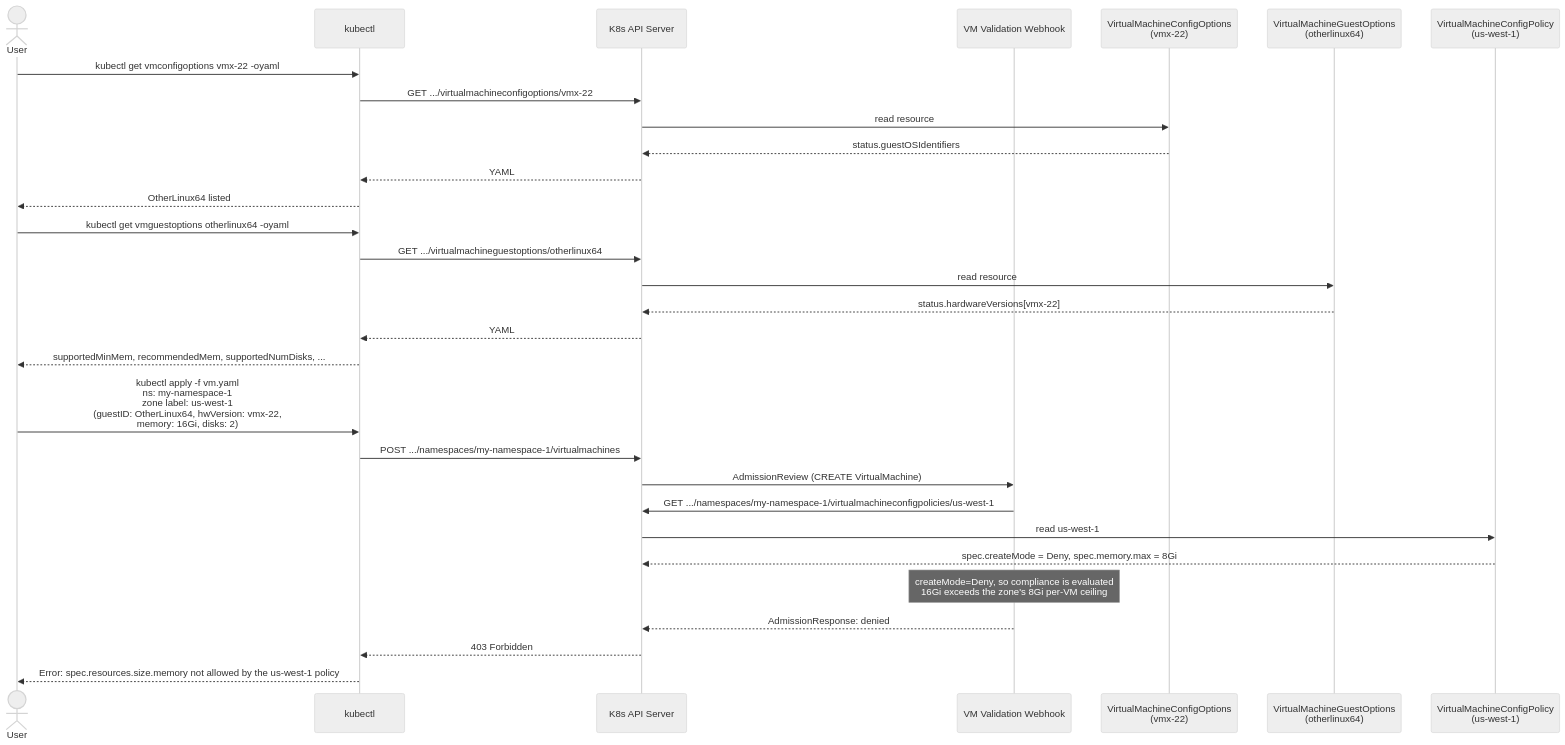
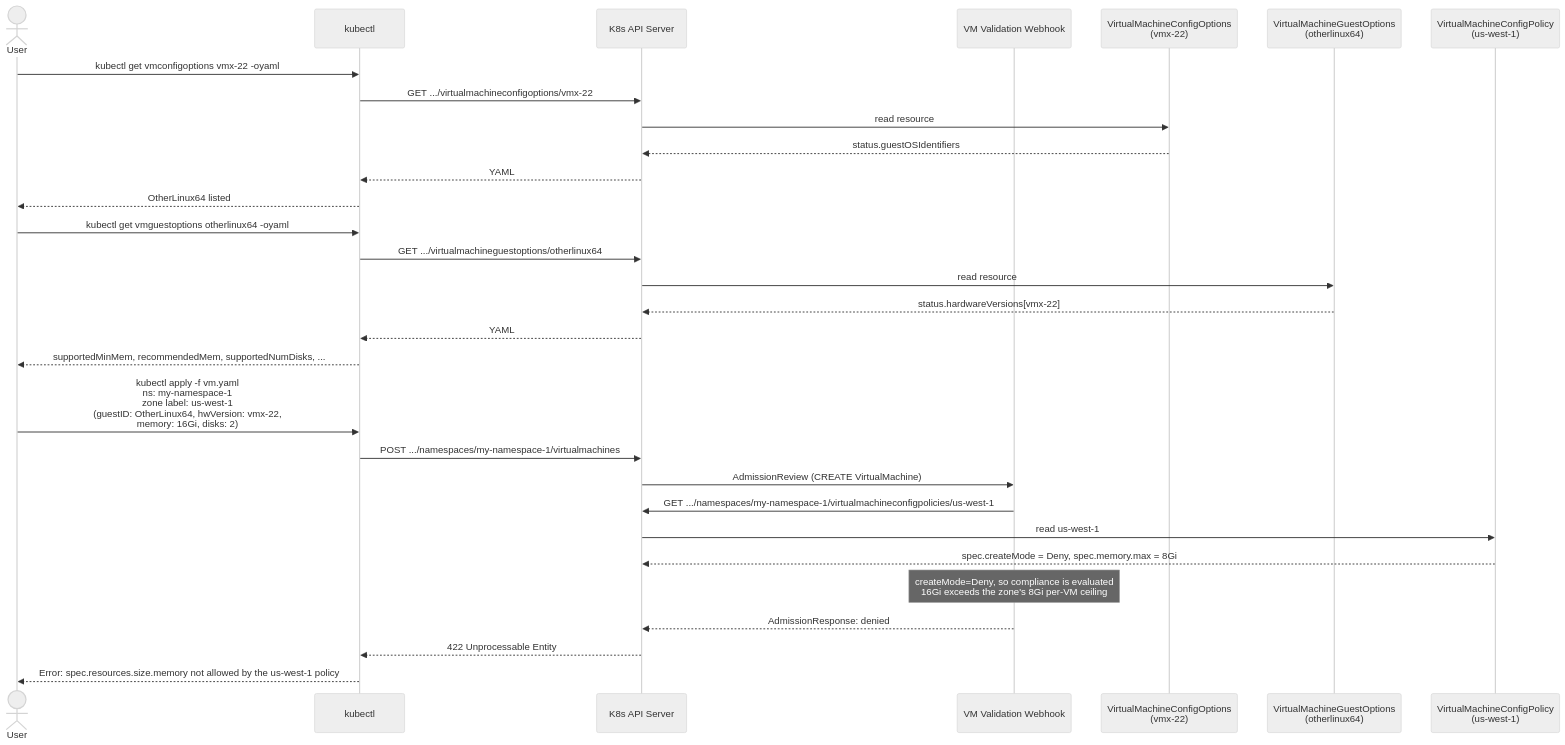
The diagram in external/vim/doc/deploying-a-vm.md (vmware-tanzu/vm-operator), drawn with Mermaid (neutral theme) before and after one commit. The commit also changed 1 other file, not shown here.

Commit message:
Correct error strings and unwritten status fields
Three accuracy fixes to the integration guide, each verified
against source rather than inferred:

- The worked example's denial text quoted invented message tails.
  Replaced with the real ErrMemoryViolation and
  ErrExtraConfigViolation strings, and with the real response
  shape: webhooks/common/response.go returns HTTP 422 with every
  field error joined into one reason string, not one line each.

- status.defaultHardwareVersion and status.vMotionBandwidth are
  never written by pkg/util/vsphere/configtarget. Moved out of
  the populated-field list and into the same "do not build on
  this yet" warning that already covered status.sriov.

- Reverted an unverified 422 to 403 edit in deploying-a-vm.md.
  422 was correct.

````diff
--- a/external/vim/doc/deploying-a-vm.md
+++ b/external/vim/doc/deploying-a-vm.md
@@ -112,38 +112,38 @@
 ```mermaid
 sequenceDiagram
     actor User
     participant kc as kubectl
     participant api as K8s API Server
     participant wh as VM Validation Webhook
     participant vmco as VirtualMachineConfigOptions<br/>(vmx-22)
     participant vmgo as VirtualMachineGuestOptions<br/>(otherlinux64)
     participant vcp as VirtualMachineConfigPolicy<br/>(us-west-1)
 
     User->>kc: kubectl get vmconfigoptions vmx-22 -oyaml
     kc->>api: GET .../virtualmachineconfigoptions/vmx-22
     api->>vmco: read resource
     vmco-->>api: status.guestOSIdentifiers
     api-->>kc: YAML
     kc-->>User: OtherLinux64 listed
 
     User->>kc: kubectl get vmguestoptions otherlinux64 -oyaml
     kc->>api: GET .../virtualmachineguestoptions/otherlinux64
     api->>vmgo: read resource
     vmgo-->>api: status.hardwareVersions[vmx-22]
     api-->>kc: YAML
     kc-->>User: supportedMinMem, recommendedMem, supportedNumDisks, ...
 
     User->>kc: kubectl apply -f vm.yaml<br/>ns: my-namespace-1<br/>zone label: us-west-1<br/>(guestID: OtherLinux64, hwVersion: vmx-22,<br/>memory: 16Gi, disks: 2)
     kc->>api: POST .../namespaces/my-namespace-1/virtualmachines
 
     api->>wh: AdmissionReview (CREATE VirtualMachine)
     wh->>api: GET .../namespaces/my-namespace-1/virtualmachineconfigpolicies/us-west-1
     api->>vcp: read us-west-1
     vcp-->>api: spec.createMode = Deny, spec.memory.max = 8Gi
 
     Note over wh: createMode=Deny, so compliance is evaluated<br/>16Gi exceeds the zone's 8Gi per-VM ceiling
 
     wh-->>api: AdmissionResponse: denied
-    api-->>kc: 403 Forbidden
+    api-->>kc: 422 Unprocessable Entity
     kc-->>User: Error: spec.resources.size.memory not allowed by the us-west-1 policy
 ```
````
